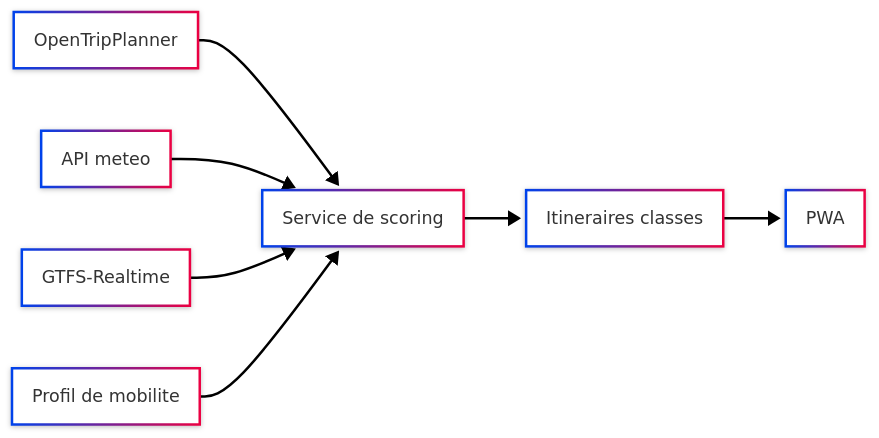
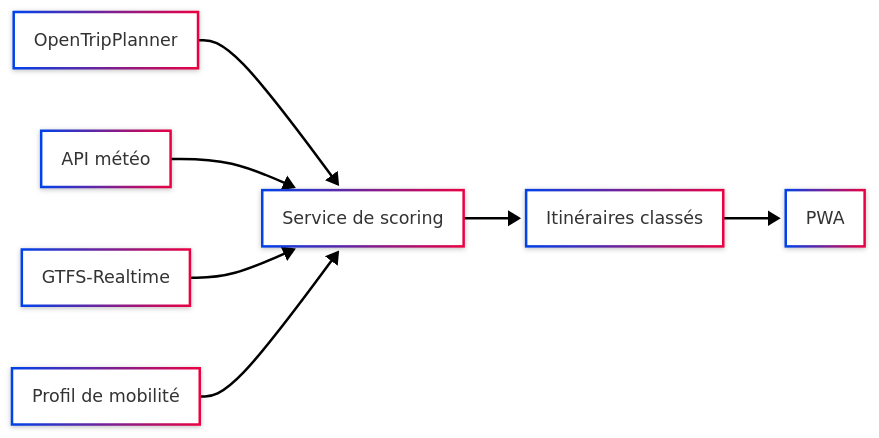
One commit to KerdanetYvan/urbanflow-mobility changed the fifth of 9 diagrams in docs/rendus/UrbanFlow_Mobility_Dossier.md. Above: the diagram before and after it, drawn with Mermaid. The commit also changed other lines of this file, not shown here.

First line of the commit message:
docs(dossier): accents dans les libelles de diagrammes (6.3, 7.3, 9.2) (#42)

````diff
--- a/docs/rendus/UrbanFlow_Mobility_Dossier.md
+++ b/docs/rendus/UrbanFlow_Mobility_Dossier.md
@@ -802,14 +802,14 @@
 ```mermaid
 ---
 config:
   look: neo
   theme: neo
 ---
 flowchart LR
     OTP[OpenTripPlanner] --> SCORE[Service de scoring]
-    METEO[API meteo] --> SCORE
+    METEO[API météo] --> SCORE
     GTFSRT[GTFS-Realtime] --> SCORE
-    PROFIL[Profil de mobilite] --> SCORE
-    SCORE --> RESULT[Itineraires classes]
+    PROFIL[Profil de mobilité] --> SCORE
+    SCORE --> RESULT[Itinéraires classés]
     RESULT --> APP[PWA]
 ```
````
